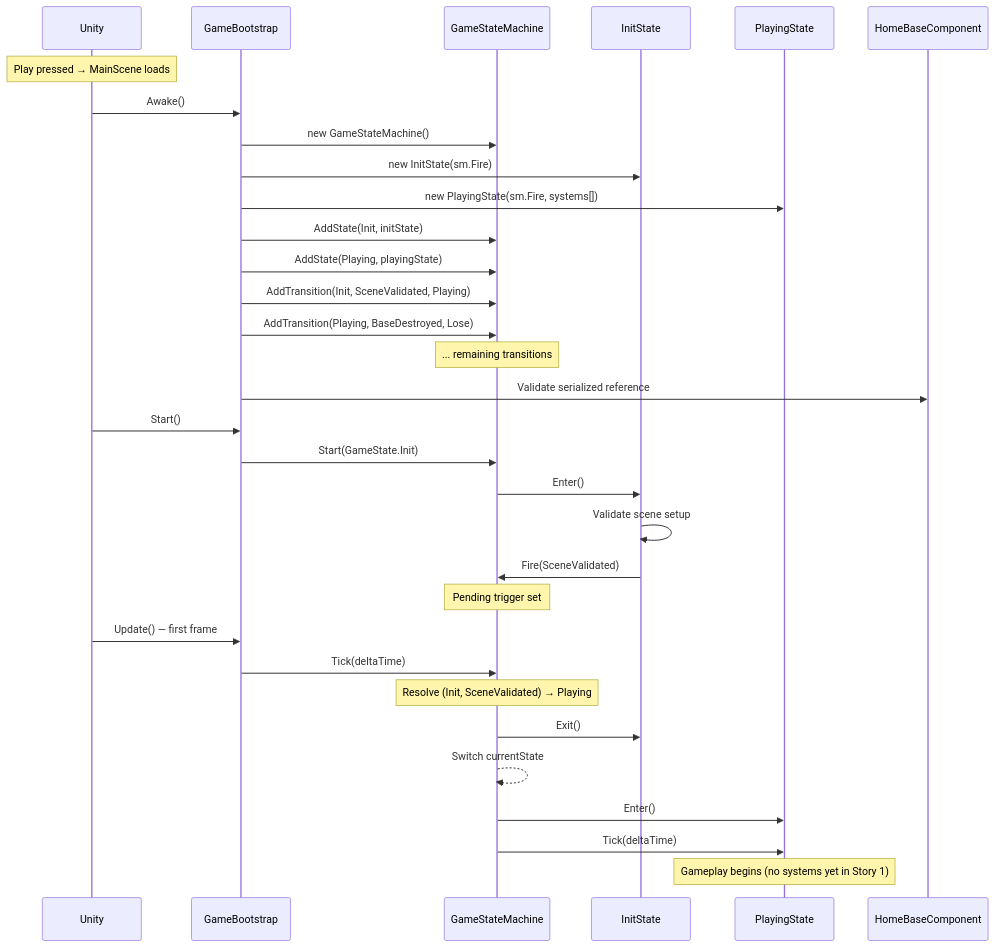
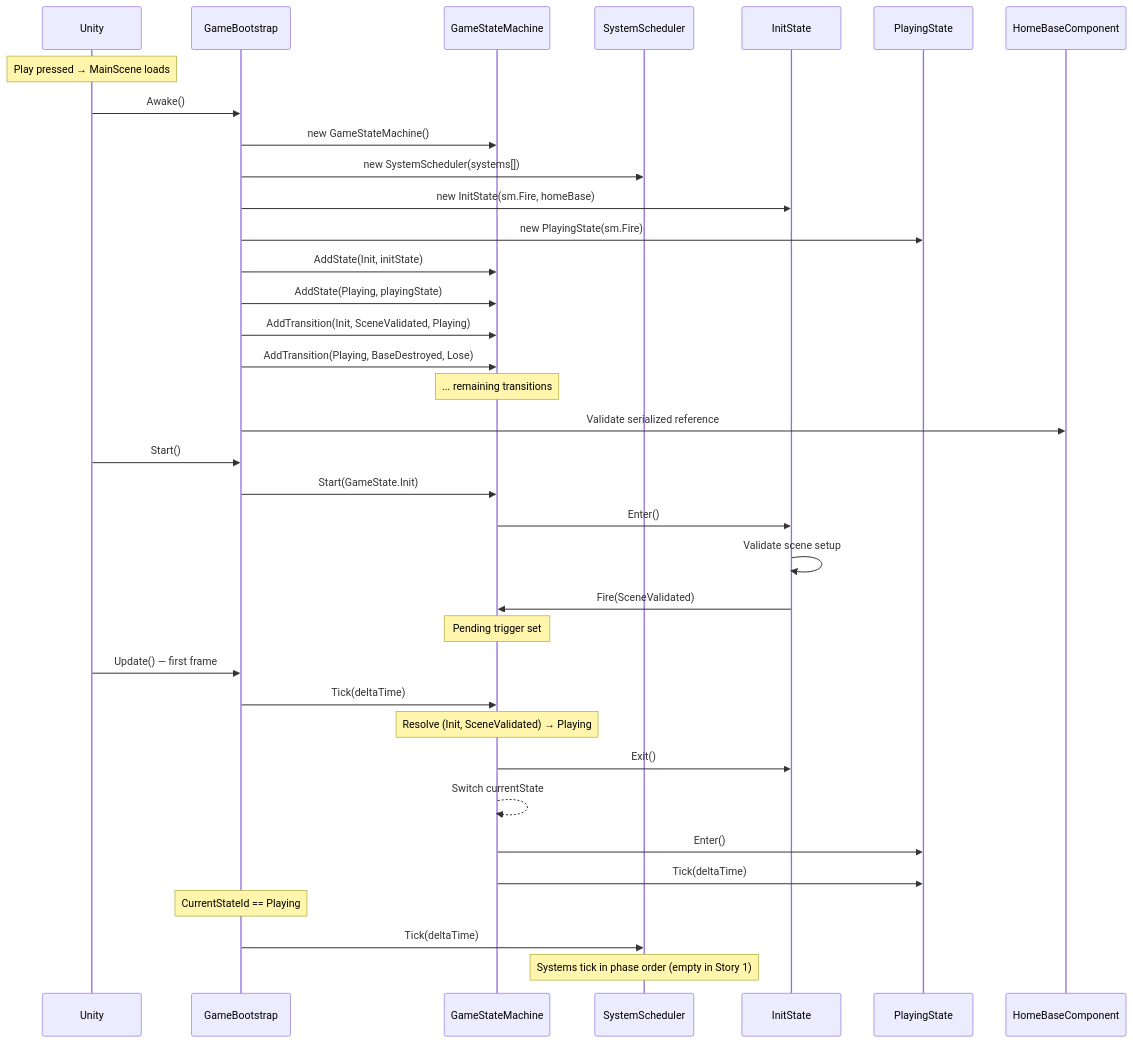
The third of 5 diagrams in Docs/Architecture-Diagrams.md (Number10Ox/MorlocsTowerDefense), drawn with Mermaid before and after one commit. The commit also changed other lines of this file and 52 other files, not shown here.

````diff
--- a/Docs/Architecture-Diagrams.md
+++ b/Docs/Architecture-Diagrams.md
@@ -144,40 +152,44 @@
 ```mermaid
 sequenceDiagram
     participant Unity
     participant Bootstrap as GameBootstrap
     participant SM as GameStateMachine
+    participant Sched as SystemScheduler
     participant Init as InitState
     participant Playing as PlayingState
     participant Base as HomeBaseComponent
 
     Note over Unity: Play pressed → MainScene loads
 
     Unity->>Bootstrap: Awake()
     Bootstrap->>SM: new GameStateMachine()
-    Bootstrap->>Init: new InitState(sm.Fire)
-    Bootstrap->>Playing: new PlayingState(sm.Fire, systems[])
+    Bootstrap->>Sched: new SystemScheduler(systems[])
+    Bootstrap->>Init: new InitState(sm.Fire, homeBase)
+    Bootstrap->>Playing: new PlayingState(sm.Fire)
     Bootstrap->>SM: AddState(Init, initState)
     Bootstrap->>SM: AddState(Playing, playingState)
     Bootstrap->>SM: AddTransition(Init, SceneValidated, Playing)
     Bootstrap->>SM: AddTransition(Playing, BaseDestroyed, Lose)
     Note over SM: ... remaining transitions
     Bootstrap->>Base: Validate serialized reference
 
     Unity->>Bootstrap: Start()
     Bootstrap->>SM: Start(GameState.Init)
     SM->>Init: Enter()
     Init->>Init: Validate scene setup
     Init->>SM: Fire(SceneValidated)
 
     Note over SM: Pending trigger set
 
     Unity->>Bootstrap: Update() — first frame
     Bootstrap->>SM: Tick(deltaTime)
     Note over SM: Resolve (Init, SceneValidated) → Playing
     SM->>Init: Exit()
     SM-->>SM: Switch currentState
     SM->>Playing: Enter()
     SM->>Playing: Tick(deltaTime)
 
-    Note over Playing: Gameplay begins (no systems yet in Story 1)
+    Note over Bootstrap: CurrentStateId == Playing
+    Bootstrap->>Sched: Tick(deltaTime)
+    Note over Sched: Systems tick in phase order (empty in Story 1)
 ```
````
